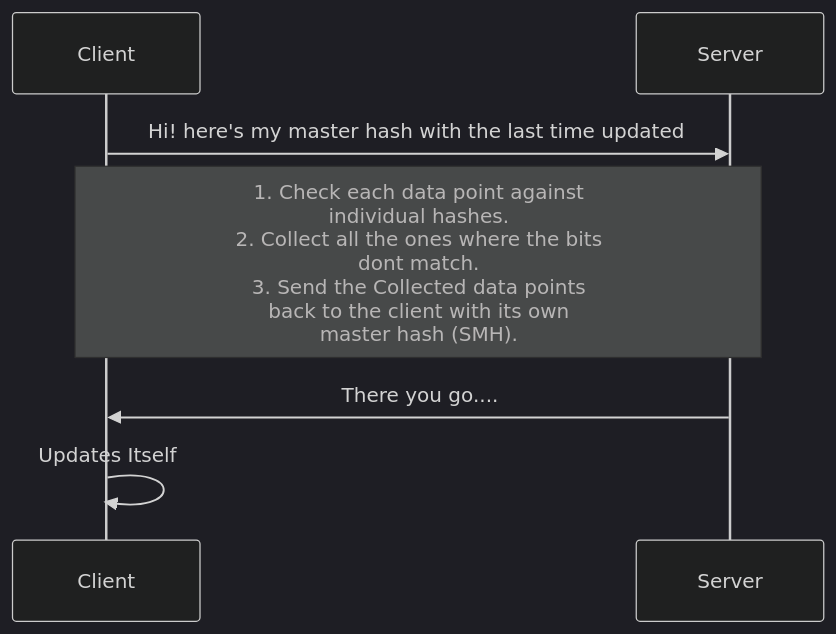
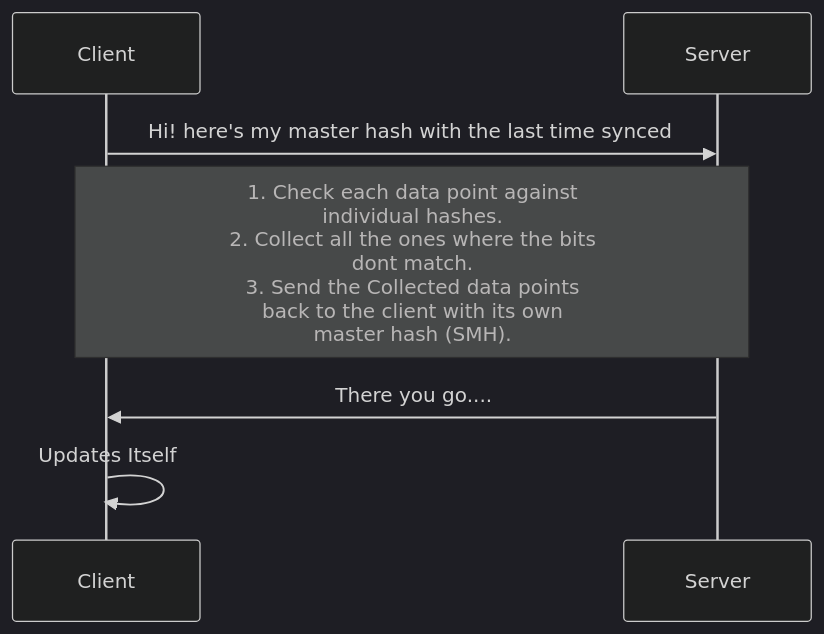
The diagram in drafts/2019-02-05-bloom-filter.md (trshant-sugoi/stackedit), drawn with Mermaid (dark theme) before and after one commit. The commit also changed other lines of this file, not shown here.

````diff
--- a/drafts/2019-02-05-bloom-filter.md
+++ b/drafts/2019-02-05-bloom-filter.md
@@ -83,9 +83,9 @@
 ```mermaid
 sequenceDiagram
-Client ->> Server: Hi! here's my master hash with the last time updated
+Client ->> Server: Hi! here's my master hash with the last time synced
 
 Note over Server,Client: 1. Check each data point against <br/>individual hashes.<br/>2. Collect all the ones where the bits<br/> dont match.<br/>3. Send the Collected data points <br/>back to the client with its own<br/> master hash (SMH).
 
 Server ->> Client: There you go....
 Client ->> Client : Updates Itself
 ```
````
